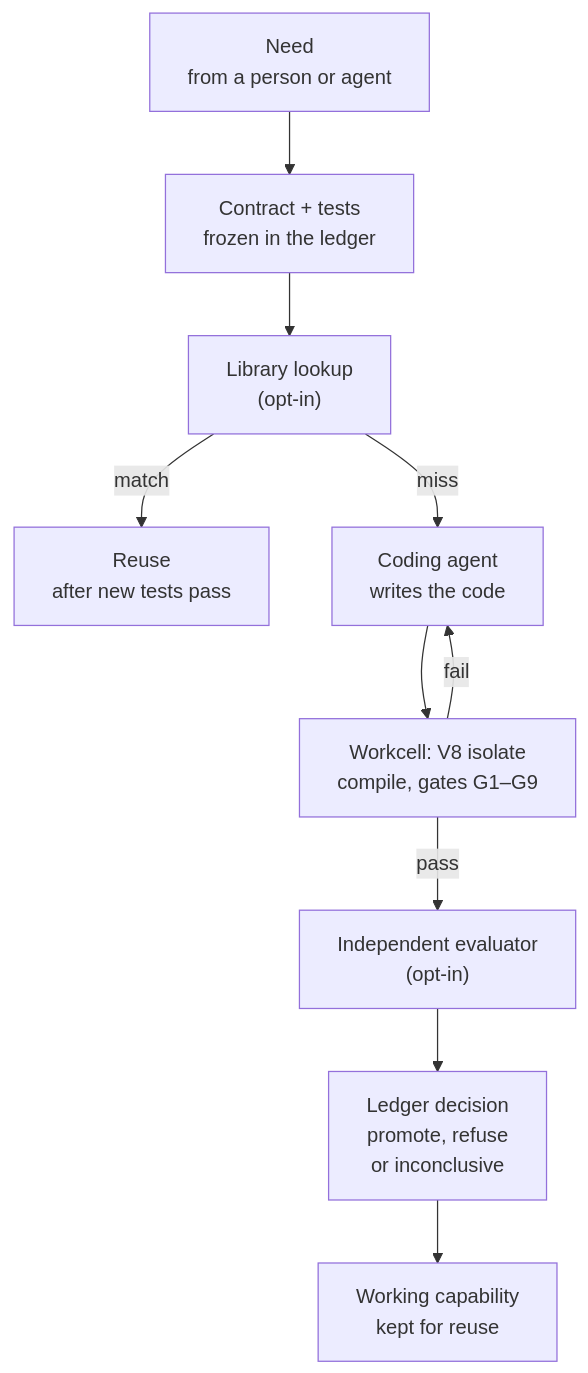
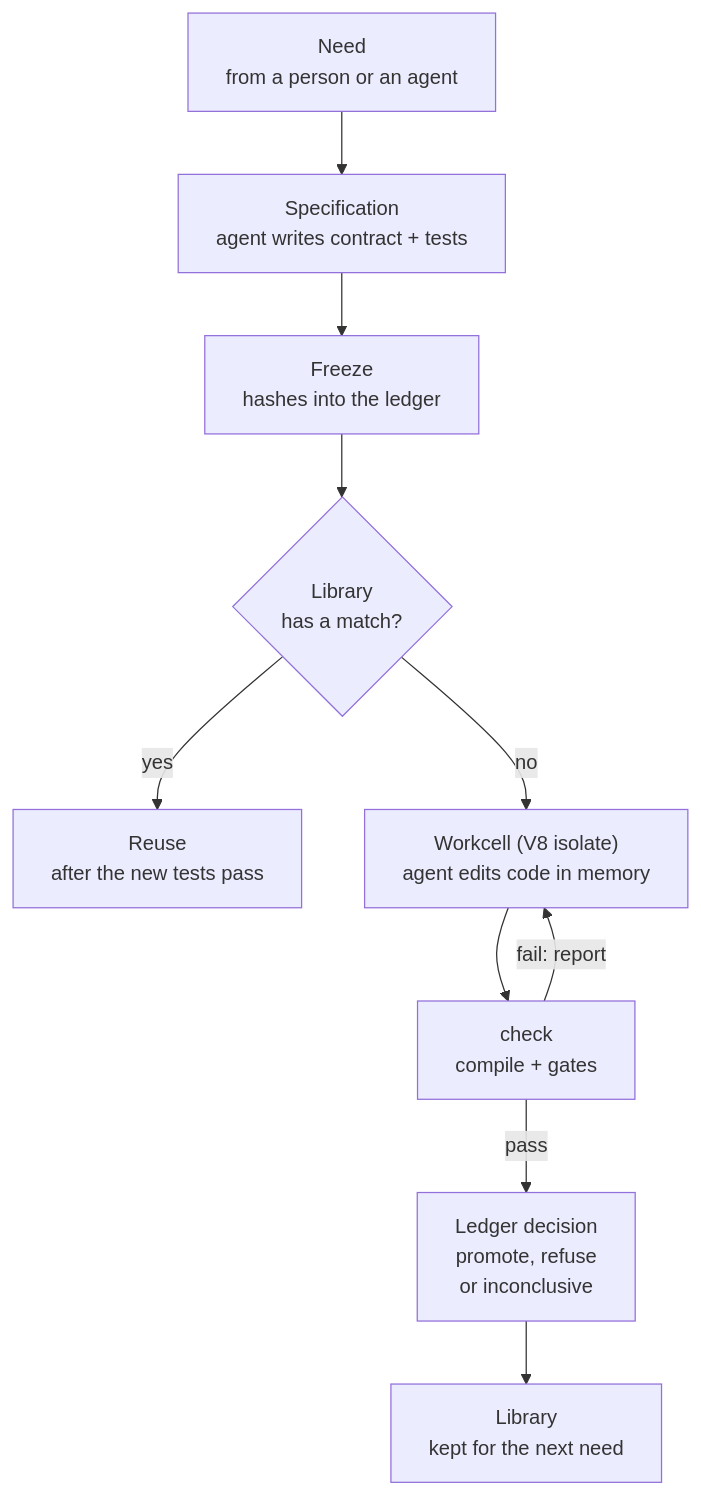
The diagram in README.md (Akilleez-QA/endoforge), drawn with Mermaid before and after one commit. The commit also changed other lines of this file and 8 other files, not shown here.

````diff
--- a/README.md
+++ b/README.md
@@ -41,12 +62,12 @@
 ```mermaid
 flowchart TD
-  need["Need<br/>from a person or agent"] --> spec["Contract + tests<br/>frozen in the ledger"]
-  spec --> lib["Library lookup<br/>(opt-in)"]
-  lib -- "match" --> reuse["Reuse<br/>after new tests pass"]
-  lib -- "miss" --> gen["Coding agent<br/>writes the code"]
-  gen --> cell["Workcell: V8 isolate<br/>compile, gates G1–G9"]
-  cell -- "fail" --> gen
-  cell -- "pass" --> synth["Independent evaluator<br/>(opt-in)"]
-  synth --> ledger["Ledger decision<br/>promote, refuse<br/>or inconclusive"]
-  ledger --> cap["Working capability<br/>kept for reuse"]
+  need["Need<br/>from a person or an agent"] --> spec["Specification<br/>agent writes contract + tests"]
+  spec --> freeze["Freeze<br/>hashes into the ledger"]
+  freeze --> lib{"Library<br/>has a match?"}
+  lib -- "yes" --> reuse["Reuse<br/>after the new tests pass"]
+  lib -- "no" --> cell["Workcell (V8 isolate)<br/>agent edits code in memory"]
+  cell --> check["check<br/>compile + gates"]
+  check -- "fail: report" --> cell
+  check -- "pass" --> decide["Ledger decision<br/>promote, refuse<br/>or inconclusive"]
+  decide --> keep["Library<br/>kept for the next need"]
 ```
````
